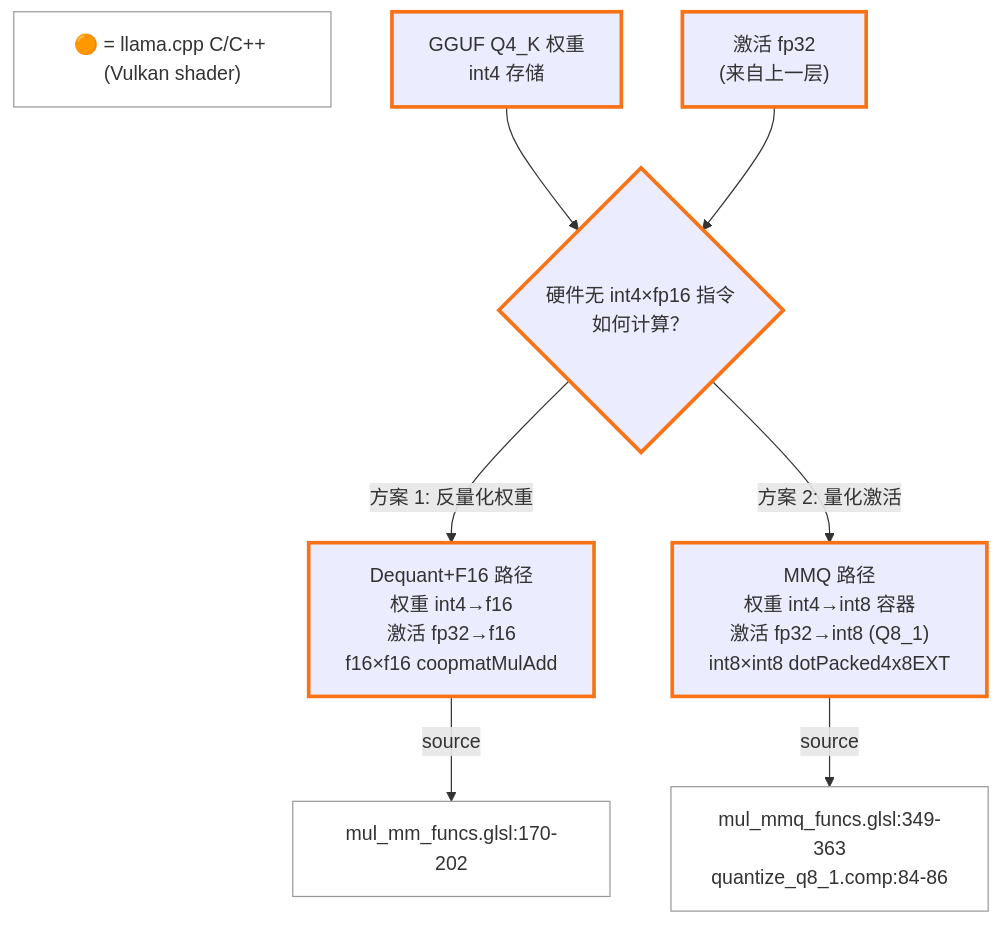
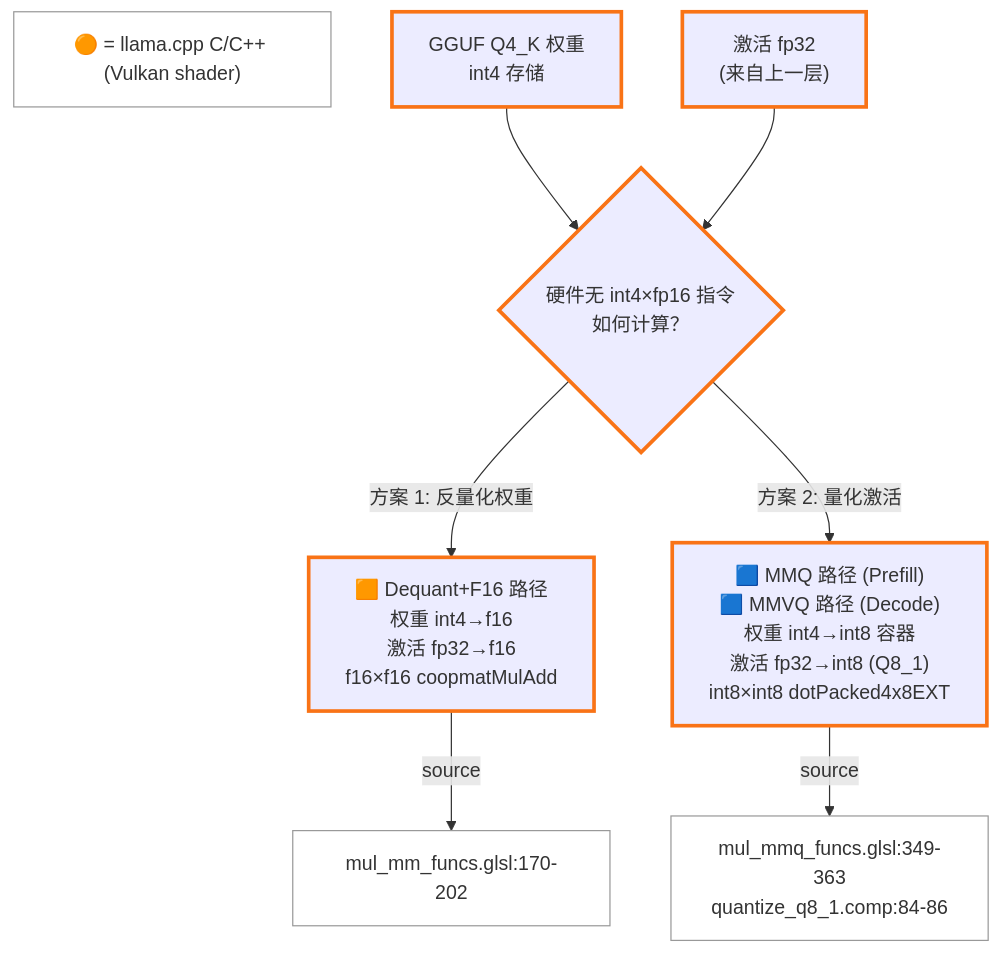
The first of 6 diagrams in docs/internals/xe2-quantized-compute-audit.md (jonathanding/ollama), drawn with Mermaid before and after one commit. The commit also changed other lines of this file and 433 other files, not shown here.

````diff
--- a/docs/internals/xe2-quantized-compute-audit.md
+++ b/docs/internals/xe2-quantized-compute-audit.md
@@ -46,20 +46,20 @@
 ```mermaid
 graph TD
     classDef cpp stroke:#f97316,stroke-width:3px
     classDef legend fill:#fff,stroke:#999
 
     L["🟠 = llama.cpp C/C++ (Vulkan shader)"]:::legend
 
     W["GGUF Q4_K 权重<br/>int4 存储"]:::cpp
     A["激活 fp32<br/>(来自上一层)"]:::cpp
     D{"硬件无 int4×fp16 指令<br/>如何计算？"}:::cpp
 
     W --> D
     A --> D
 
-    D -->|"方案 1: 反量化权重"| P1["Dequant+F16 路径<br/>权重 int4→f16<br/>激活 fp32→f16<br/>f16×f16 coopmatMulAdd"]:::cpp
-    D -->|"方案 2: 量化激活"| P2["MMQ 路径<br/>权重 int4→int8 容器<br/>激活 fp32→int8 (Q8_1)<br/>int8×int8 dotPacked4x8EXT"]:::cpp
+    D -->|"方案 1: 反量化权重"| P1["🟧 Dequant+F16 路径<br/>权重 int4→f16<br/>激活 fp32→f16<br/>f16×f16 coopmatMulAdd"]:::cpp
+    D -->|"方案 2: 量化激活"| P2["🟦 MMQ 路径 (Prefill)<br/>🟦 MMVQ 路径 (Decode)<br/>权重 int4→int8 容器<br/>激活 fp32→int8 (Q8_1)<br/>int8×int8 dotPacked4x8EXT"]:::cpp
 
     P1 -->|"source"| S1["mul_mm_funcs.glsl:170-202"]:::legend
     P2 -->|"source"| S2["mul_mmq_funcs.glsl:349-363<br/>quantize_q8_1.comp:84-86"]:::legend
 ```
````
